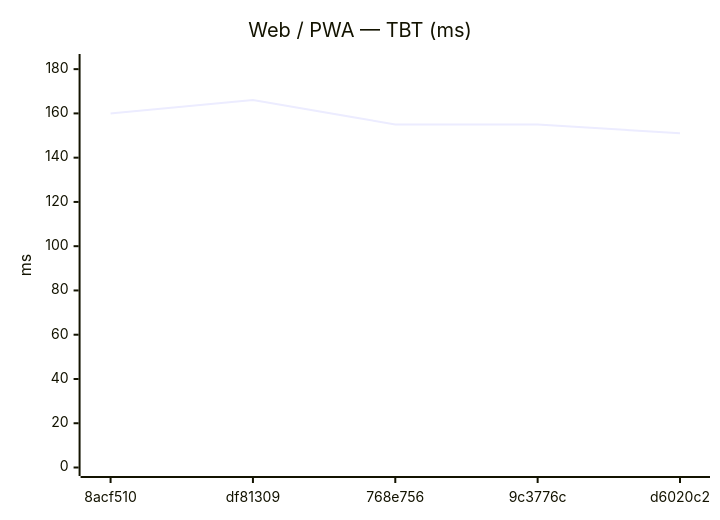
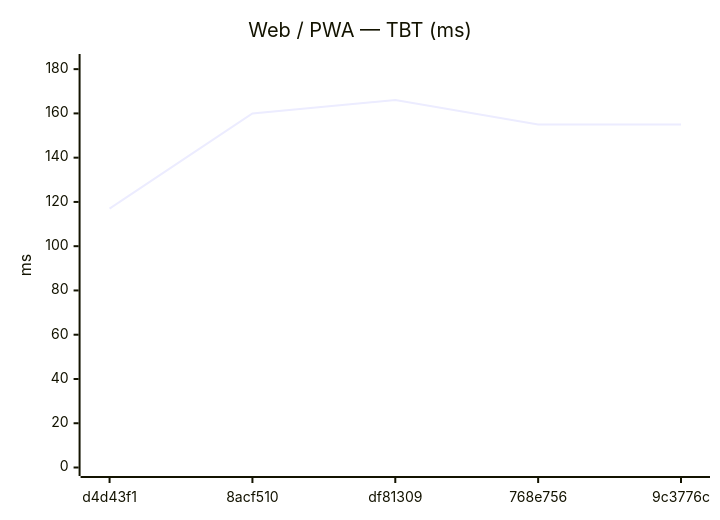
Before and after one commit to Metaheurist/Rianell: the eighth of 18 diagrams in benchmarks/compare.md, drawn with Mermaid. The commit also changed other lines of this file and 11 other files, not shown here.

````diff
--- a/benchmarks/compare.md
+++ b/benchmarks/compare.md
@@ -124,7 +124,7 @@
 ```mermaid
 xychart-beta
     title "Web / PWA — TBT (ms)"
-    x-axis ["8acf510", "df81309", "768e756", "9c3776c", "d6020c2"]
+    x-axis ["d4d43f1", "8acf510", "df81309", "768e756", "9c3776c"]
     y-axis "ms" 0 --> 183
-    line [160, 166, 155, 155, 151]
+    line [117, 160, 166, 155, 155]
 ```
````
